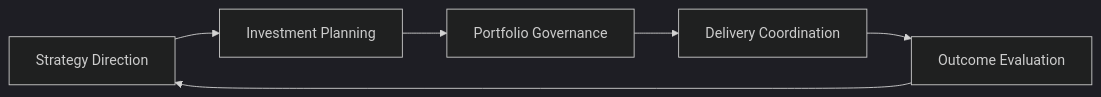
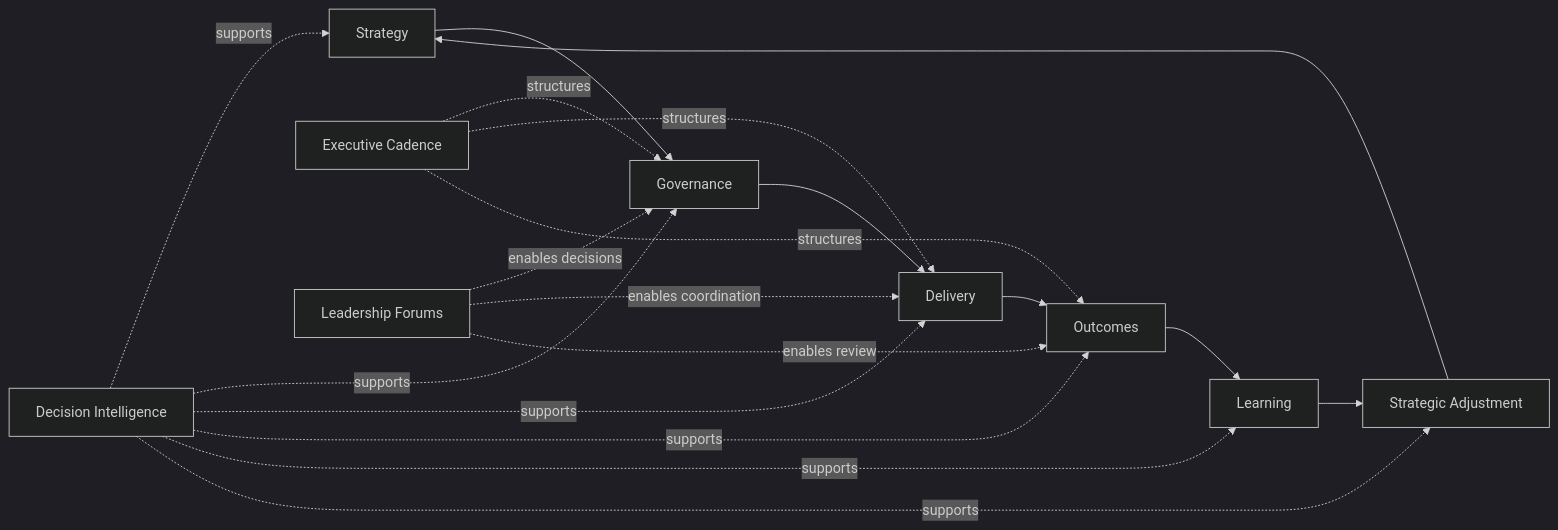
One commit to ChuckFerrando/product-leadership-operating-model changed the second of 2 diagrams in architecture/PRODUCT_LEADERSHIP_OPERATING_MODEL.md. Above: the diagram before and after it, drawn with Mermaid (dark theme). The commit also changed other lines of this file, not shown here.

````diff
--- a/architecture/PRODUCT_LEADERSHIP_OPERATING_MODEL.md
+++ b/architecture/PRODUCT_LEADERSHIP_OPERATING_MODEL.md
@@ -120,15 +146,31 @@
 ```mermaid
 flowchart LR
 
-A["Strategy Direction"]
-B["Investment Planning"]
-C["Portfolio Governance"]
-D["Delivery Coordination"]
-E["Outcome Evaluation"]
+    A[Strategy]
+    B[Governance]
+    C[Delivery]
+    D[Outcomes]
+    E[Learning]
+    F[Strategic Adjustment]
 
-A --> B
-B --> C
-C --> D
-D --> E
-E --> A
+    A --> B --> C --> D --> E --> F --> A
+
+    G[Decision Intelligence]
+    H[Executive Cadence]
+    I[Leadership Forums]
+
+    G -.supports.-> A
+    G -.supports.-> B
+    G -.supports.-> C
+    G -.supports.-> D
+    G -.supports.-> E
+    G -.supports.-> F
+
+    H -.structures.-> B
+    H -.structures.-> C
+    H -.structures.-> D
+
+    I -.enables decisions.-> B
+    I -.enables coordination.-> C
+    I -.enables review.-> D
 ```
````
